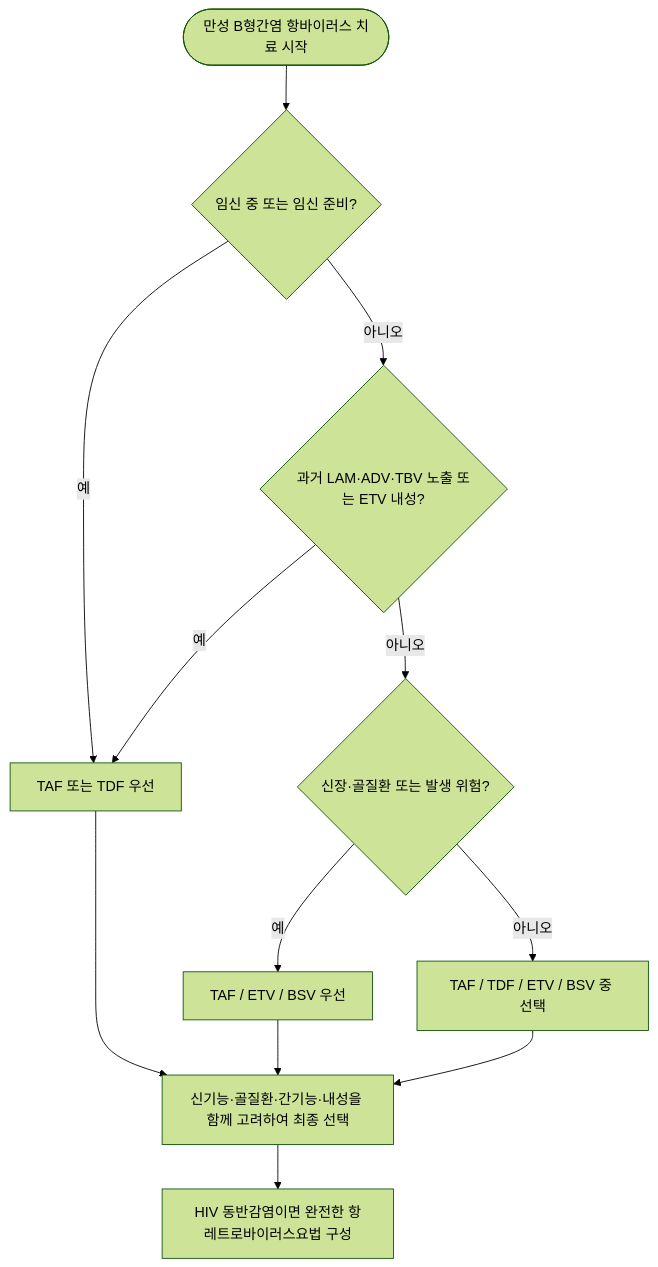
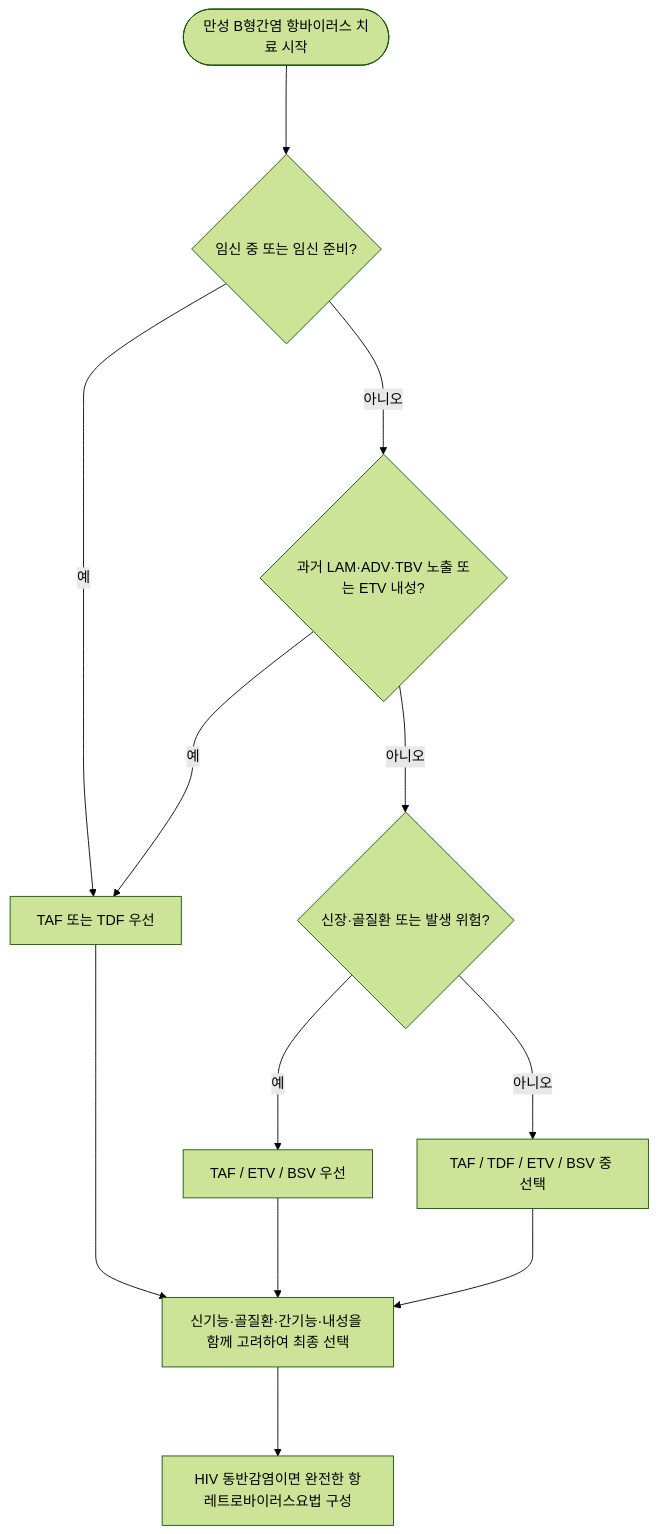
One commit to familyoh77/familyoh77 changed the first of 4 diagrams in 224_/091_hbv-infection.md. Above: the diagram before and after it, drawn with Mermaid (forest theme). The commit also changed other lines of this file and 11 other files, not shown here.

````diff
--- a/224_/091_hbv-infection.md
+++ b/224_/091_hbv-infection.md
@@ -220,14 +263,14 @@
 ```mermaid
 flowchart TD
-    A(["만성 B형간염 항바이러스 치료 시작"]) --> B{"임신 중 또는 임신 준비?"}
-    B -- 예 --> C["TAF 또는 TDF 우선"]
-    B -- 아니오 --> D{"과거 LAM·ADV·TBV 노출 또는 ETV 내성?"}
-    D -- 예 --> C
-    D -- 아니오 --> E{"신장·골질환 또는 발생 위험?"}
-    E -- 예 --> F["TAF / ETV / BSV 우선"]
-    E -- 아니오 --> G["TAF / TDF / ETV / BSV 중 선택"]
-    C --> H["신기능·골질환·간기능·내성을 함께 고려하여 최종 선택"]
-    F --> H
-    G --> H
-    H --> I["HIV 동반감염이면 완전한 항레트로바이러스요법 구성"]
+    A(["만성 B형간염 항바이러스 치료 시작"]) ---> B{"임신 중 또는 임신 준비?"}
+    B -- 예 ---> C["TAF 또는 TDF 우선"]
+    B -- 아니오 ---> D{"과거 LAM·ADV·TBV 노출 또는 ETV 내성?"}
+    D -- 예 ---> C
+    D -- 아니오 ---> E{"신장·골질환 또는 발생 위험?"}
+    E -- 예 ---> F["TAF / ETV / BSV 우선"]
+    E -- 아니오 ---> G["TAF / TDF / ETV / BSV 중 선택"]
+    C ---> H["신기능·골질환·간기능·내성을 함께 고려하여 최종 선택"]
+    F ---> H
+    G ---> H
+    H ---> I["HIV 동반감염이면 완전한 항레트로바이러스요법 구성"]
 ```
````
